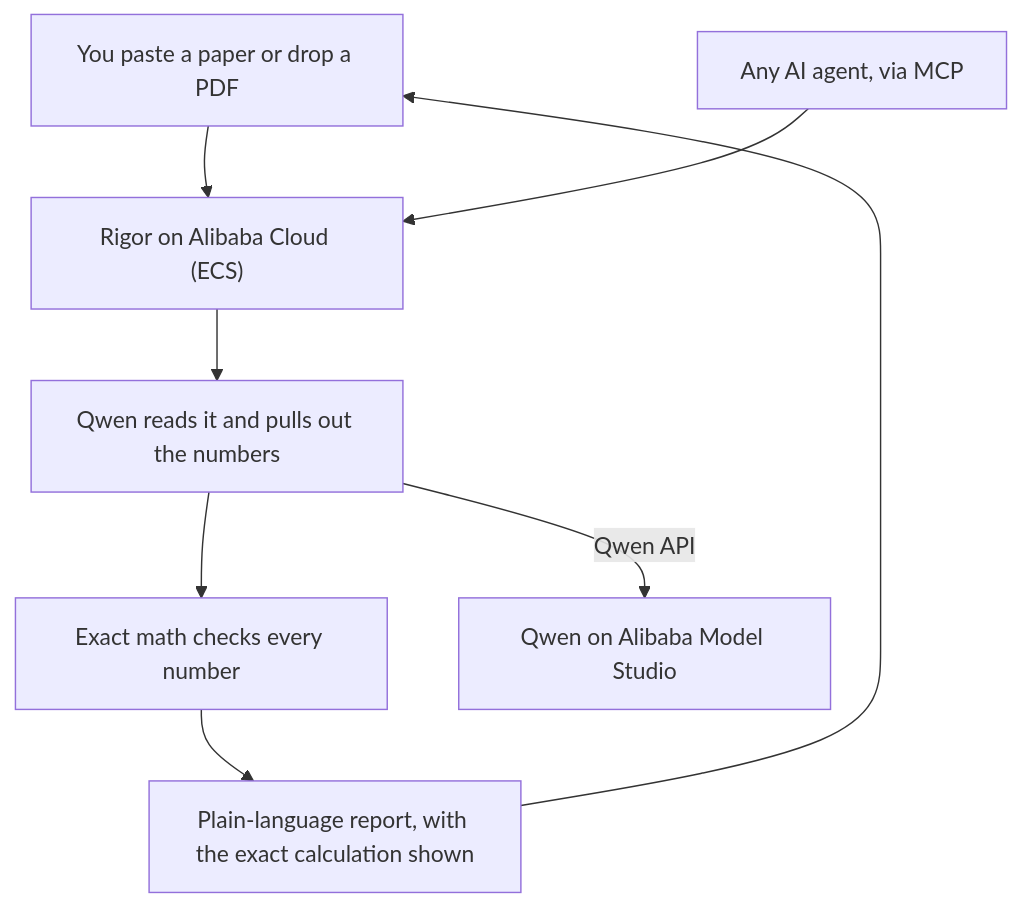
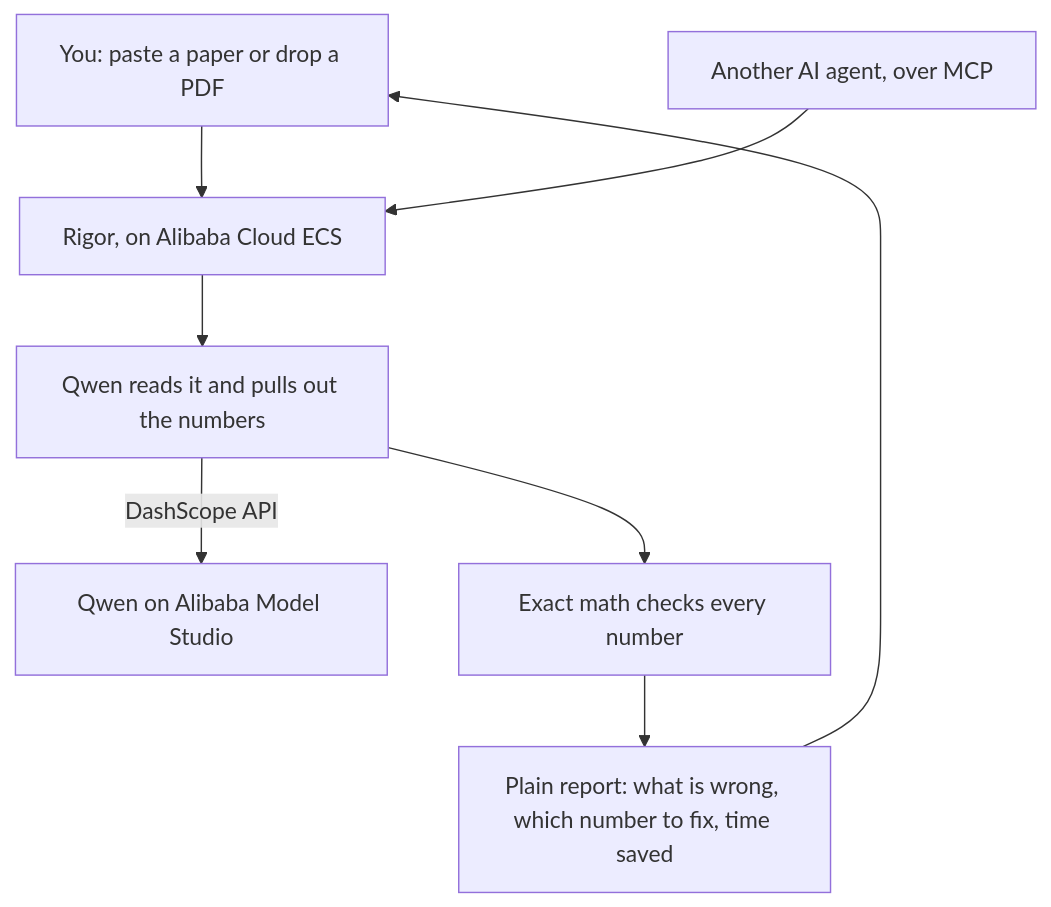
One commit to usv240/rigor changed the diagram in README.md. Above: the diagram before and after it, drawn with Mermaid. The commit also changed other lines of this file and 3 other files, not shown here.

Commit message:
Humanize README and architecture docs; add highlights and ADR 0010

````diff
--- a/README.md
+++ b/README.md
@@ -191,10 +200,10 @@
 ```mermaid
 flowchart TD
-    U["You paste a paper or drop a PDF"] --> API["Rigor on Alibaba Cloud (ECS)"]
-    A["Any AI agent, via MCP"] --> API
+    U["You: paste a paper or drop a PDF"] --> API["Rigor, on Alibaba Cloud ECS"]
+    AG["Another AI agent, over MCP"] --> API
     API --> EX["Qwen reads it and pulls out the numbers"]
+    EX -->|DashScope API| Q["Qwen on Alibaba Model Studio"]
     EX --> CK["Exact math checks every number"]
-    CK --> RP["Plain-language report, with the exact calculation shown"]
+    CK --> RP["Plain report: what is wrong, which number to fix, time saved"]
     RP --> U
-    EX -->|Qwen API| Q["Qwen on Alibaba Model Studio"]
 ```
````
